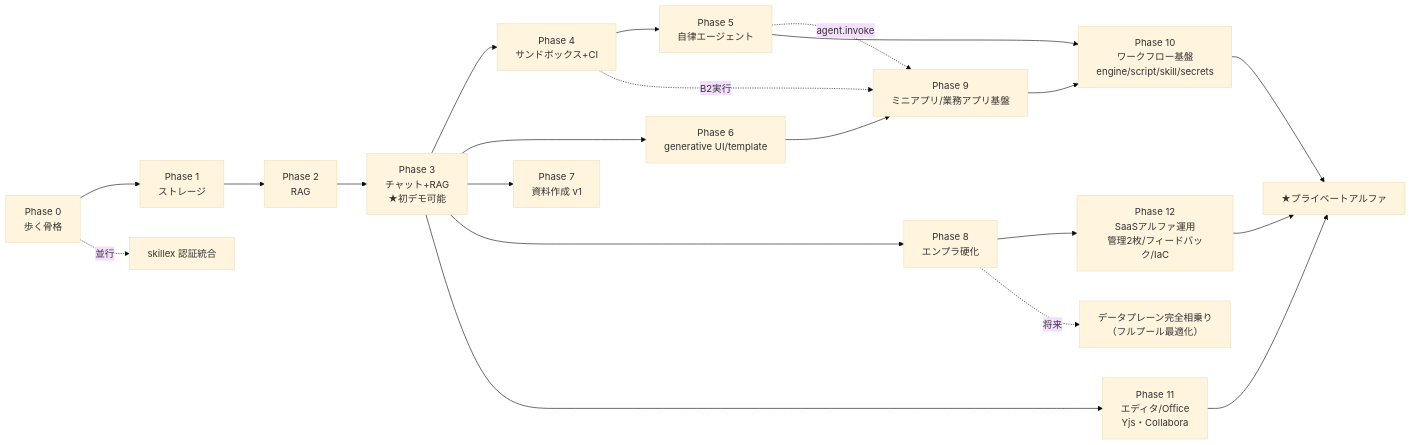
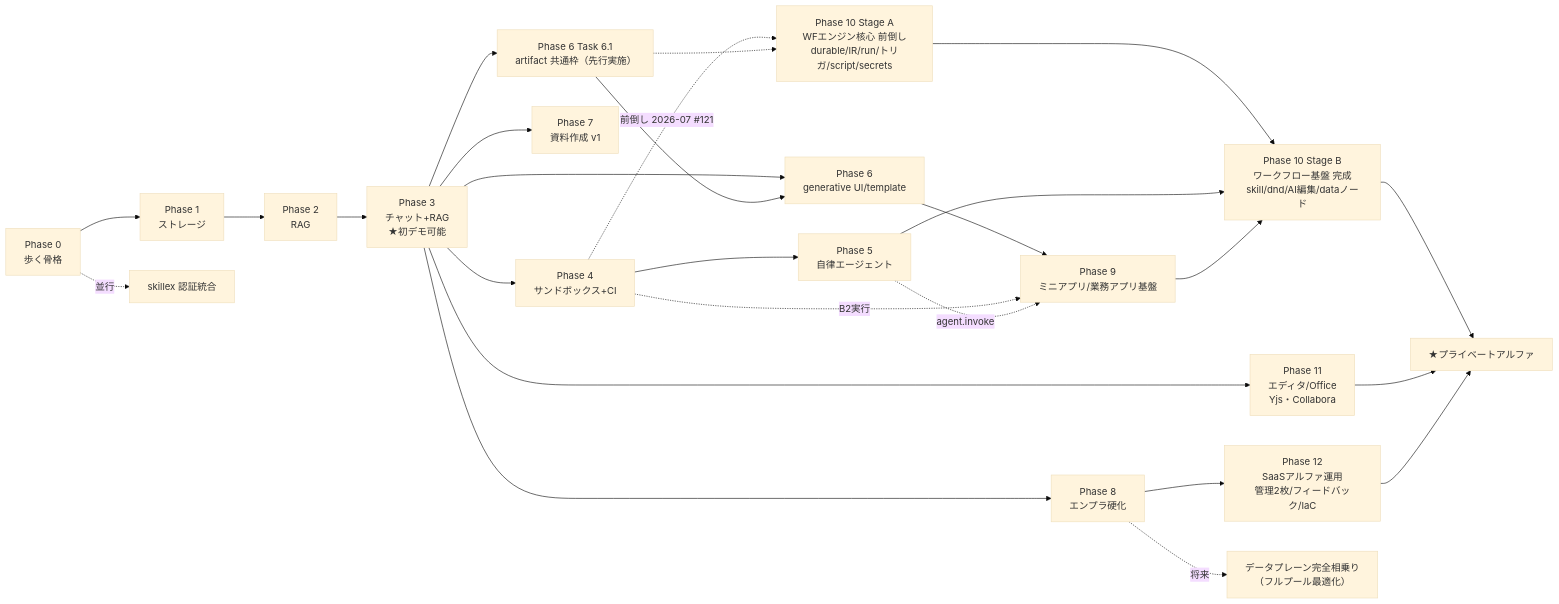
One commit to imanect-labs/shiki-platform changed the diagram in docs/roadmap.md. Above: the diagram before and after it, drawn with Mermaid (base theme). The commit also changed other lines of this file and 3 other files, not shown here.

First line of the commit message:
docs(roadmap): Phase 10 部分前倒し — Stage A/B 分割・6.1 先行・Task 10.0 新設 (#123)

````diff
--- a/docs/roadmap.md
+++ b/docs/roadmap.md
@@ -18,23 +18,28 @@
 ```mermaid
 flowchart LR
   P0["Phase 0<br/>歩く骨格"] --> P1["Phase 1<br/>ストレージ"]
   P1 --> P2["Phase 2<br/>RAG"]
   P2 --> P3["Phase 3<br/>チャット+RAG<br/>★初デモ可能"]
   P3 --> P4["Phase 4<br/>サンドボックス+CI"]
   P4 --> P5["Phase 5<br/>自律エージェント"]
   P3 --> P6["Phase 6<br/>generative UI/template"]
   P6 --> P9["Phase 9<br/>ミニアプリ/業務アプリ基盤"]
   P4 -.->|B2実行| P9
   P5 -.->|agent.invoke| P9
   P3 --> P7["Phase 7<br/>資料作成 v1"]
   P3 --> P8["Phase 8<br/>エンプラ硬化"]
-  P5 --> P10["Phase 10<br/>ワークフロー基盤<br/>engine/script/skill/secrets"]
+  P4 -.->|前倒し 2026-07 #121| P10A["Phase 10 Stage A<br/>WFエンジン核心 前倒し<br/>durable/IR/run/トリガ/script/secrets"]
+  P3 --> T61["Phase 6 Task 6.1<br/>artifact 共通枠（先行実施）"]
+  T61 -.-> P10A
+  T61 --> P6
+  P10A --> P10["Phase 10 Stage B<br/>ワークフロー基盤 完成<br/>skill/dnd/AI編集/dataノード"]
+  P5 --> P10
   P9 --> P10
   P3 --> P11["Phase 11<br/>エディタ/Office<br/>Yjs・Collabora"]
   P8 --> P12["Phase 12<br/>SaaSアルファ運用<br/>管理2枚/フィードバック/IaC"]
   P10 --> ALPHA["★プライベートアルファ"]
   P11 --> ALPHA
   P12 --> ALPHA
   P0 -.->|並行| SK["skillex 認証統合"]
   P8 -.->|将来| FULLPOOL["データプレーン完全相乗り<br/>（フルプール最適化）"]
 ```
````
